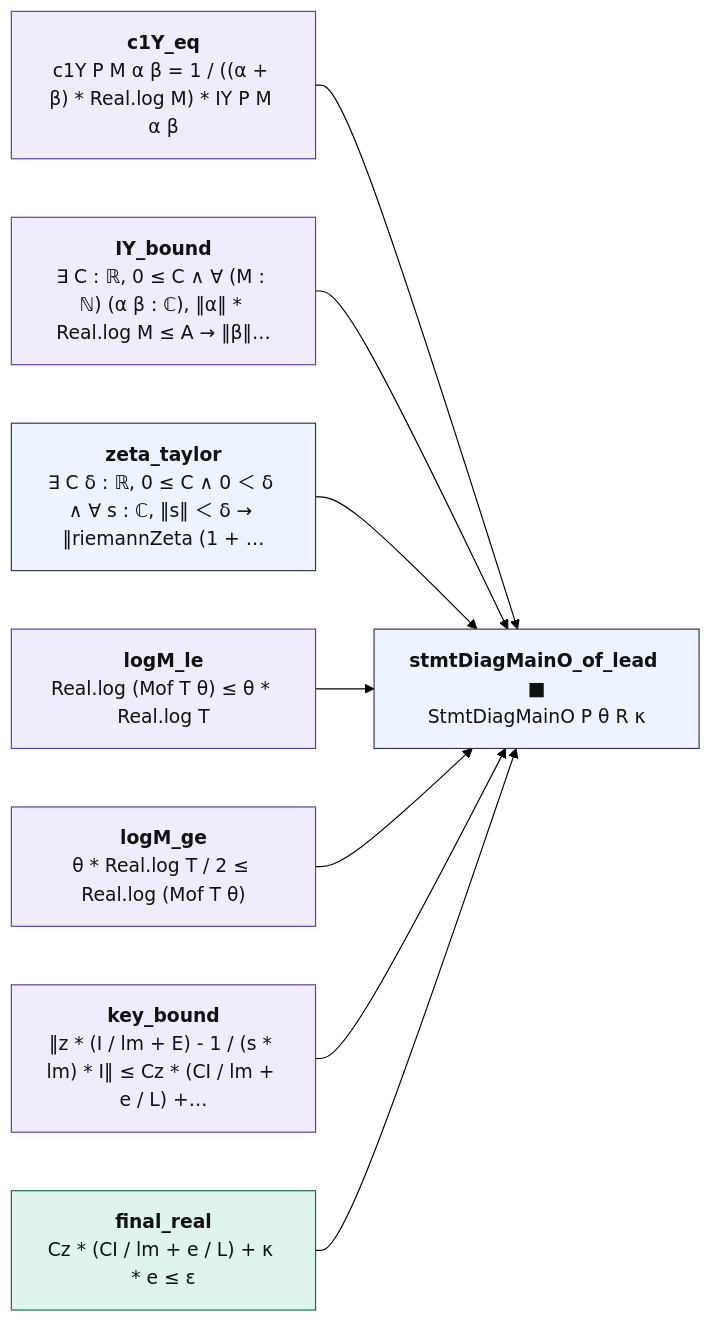
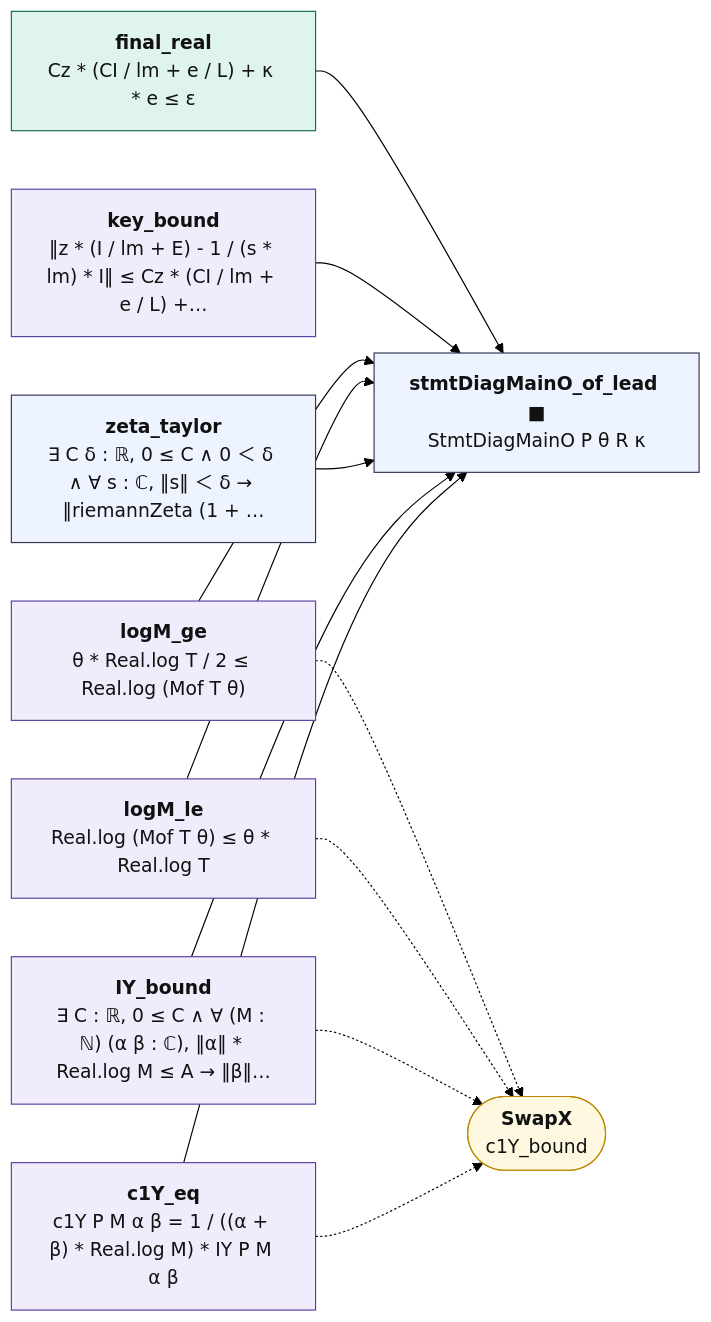
The diagram in map/lean_stage3/DiagMain.md (juliansambranojr/Primebeat_081426), drawn with Mermaid (forest theme) before and after one commit. The commit also changed other lines of this file and 25 other files, not shown here.

````diff
--- a/map/lean_stage3/DiagMain.md
+++ b/map/lean_stage3/DiagMain.md
@@ -14,26 +14,31 @@
 ```mermaid
 flowchart LR
   n0["<b>c1Y_eq</b><br/>c1Y P M α β = 1 / ((α + β) * Real.log M) * IY P M α β"]:::shp
   n1["<b>IY_bound</b><br/>∃ C : ℝ, 0 ≤ C ∧ ∀ (M : ℕ) (α β : ℂ), ‖α‖ * Real.log M ≤ A → ‖β‖…"]:::shp
   n2["<b>zeta_taylor</b><br/>∃ C δ : ℝ, 0 ≤ C ∧ 0 ＜ δ ∧ ∀ s : ℂ, ‖s‖ ＜ δ → ‖riemannZeta (1 + …"]:::thm
   n3["<b>logM_le</b><br/>Real.log (Mof T θ) ≤ θ * Real.log T"]:::shp
   n4["<b>logM_ge</b><br/>θ * Real.log T / 2 ≤ Real.log (Mof T θ)"]:::shp
   n5["<b>key_bound</b><br/>‖z * (I / lm + E) - 1 / (s * lm) * I‖ ≤ Cz * (CI / lm + e / L) +…"]:::shp
   n6["<b>final_real</b><br/>Cz * (CI / lm + e / L) + κ * e ≤ ε"]:::cnt
   n7["<b>stmtDiagMainO_of_lead ■</b><br/>StmtDiagMainO P θ R κ"]:::thm
+  x0(["<b>SwapX</b><br/>c1Y_bound"]):::ext
   n0 --> n7
   n1 --> n7
   n2 --> n7
   n3 --> n7
   n4 --> n7
   n5 --> n7
   n6 --> n7
+  n0 -.-> x0
+  n1 -.-> x0
+  n3 -.-> x0
+  n4 -.-> x0
   classDef cnt fill:#dff5ec,stroke:#17694a,color:#111
   classDef shp fill:#f1ecfb,stroke:#5b3fa0,color:#111
   classDef rh fill:#ffe5e5,stroke:#c22,color:#111,stroke-width:2px
   classDef thm fill:#eef4ff,stroke:#335,color:#111
   classDef end_ fill:#e7f7e7,stroke:#2a7,color:#111,stroke-width:2px
   classDef lone fill:#fff,stroke:#999,color:#111,stroke-dasharray:4 3
   classDef bad fill:#ffe5e5,stroke:#c22,color:#111,stroke-width:2px
   classDef ext fill:#fff8e1,stroke:#b80,color:#111
 ```
````
